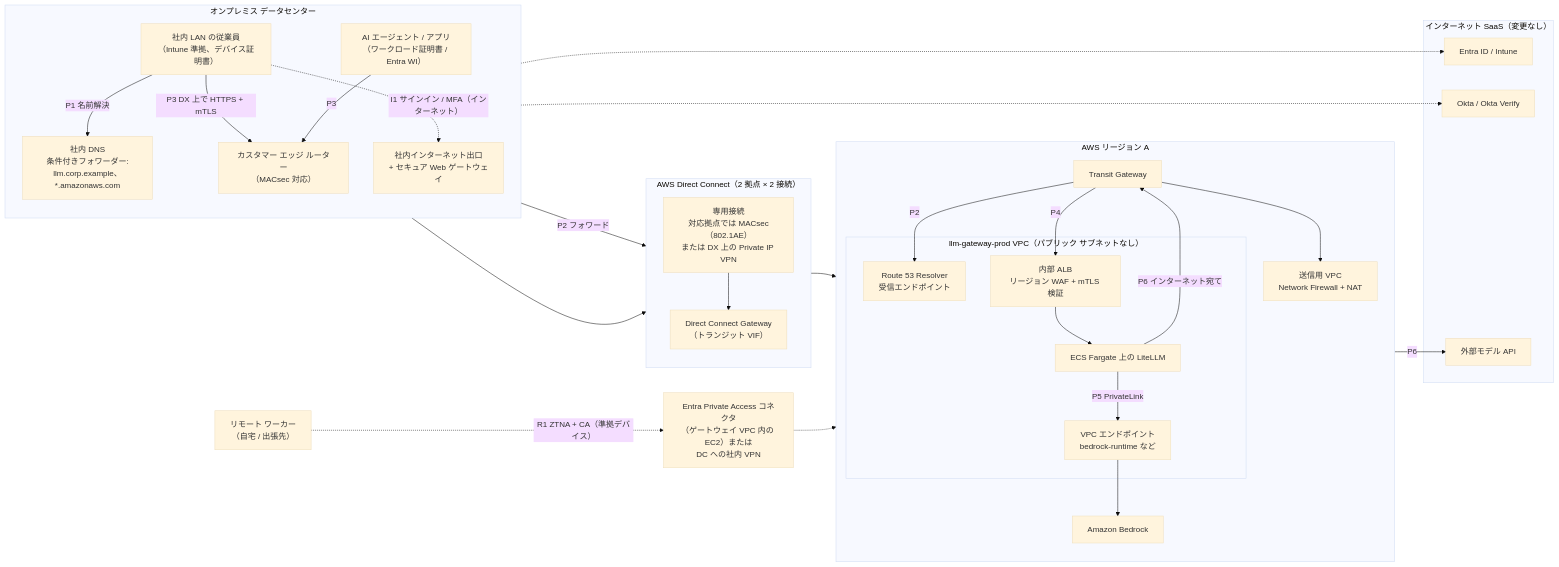
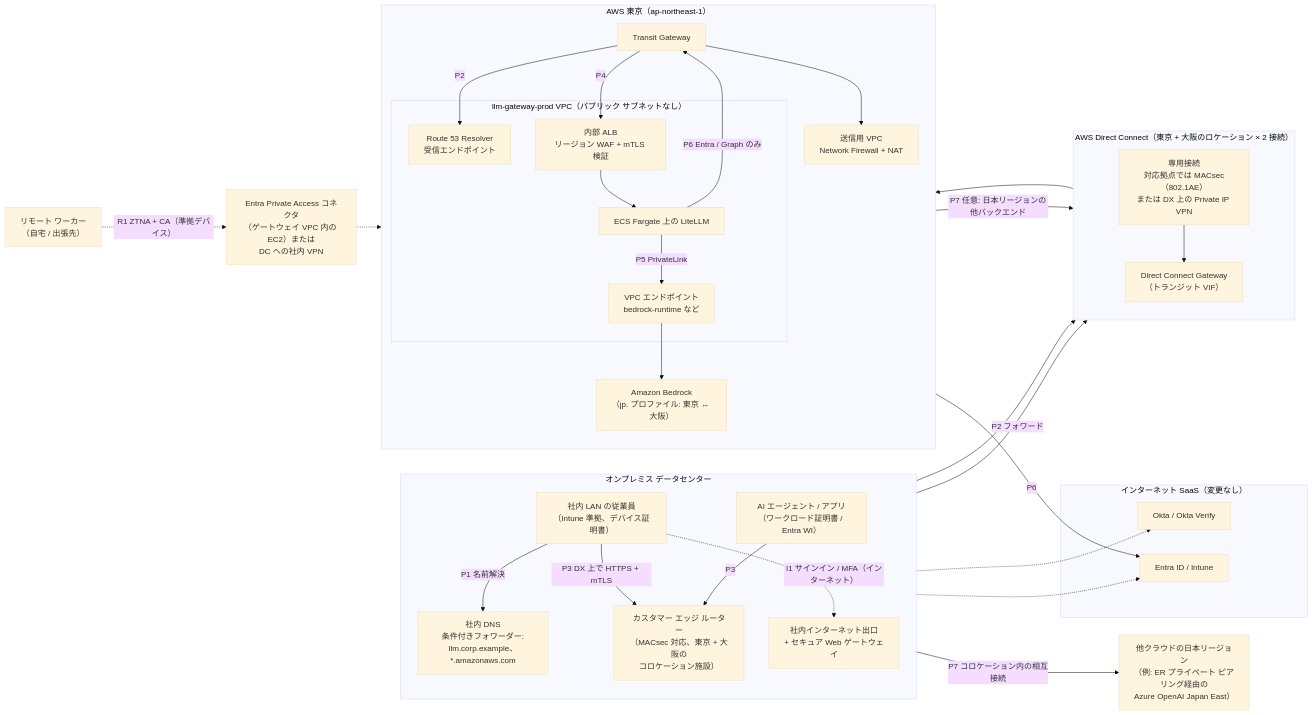
Before and after one commit to minddrop/llm-gateway-comparison: the first of 5 diagrams in docs/jp/07-private-connectivity.md, drawn with Mermaid (base theme). The commit also changed other lines of this file and 18 other files, not shown here.

````diff
--- a/docs/jp/07-private-connectivity.md
+++ b/docs/jp/07-private-connectivity.md
@@ -21,56 +21,58 @@
 ```mermaid
 flowchart LR
     subgraph ONP["オンプレミス データセンター"]
         direction TB
         UOP["社内 LAN の従業員<br/>（Intune 準拠、デバイス証明書）"]
         AGOP["AI エージェント / アプリ<br/>（ワークロード証明書 / Entra WI）"]
         ODNS["社内 DNS<br/>条件付きフォワーダー:<br/>llm.corp.example、*.amazonaws.com"]
-        CER["カスタマー エッジ ルーター<br/>（MACsec 対応）"]
+        CER["カスタマー エッジ ルーター<br/>（MACsec 対応、東京 + 大阪の<br/>コロケーション施設）"]
         INET["社内インターネット出口<br/>+ セキュア Web ゲートウェイ"]
     end
 
-    subgraph DX["AWS Direct Connect（2 拠点 × 2 接続）"]
+    subgraph DX["AWS Direct Connect（東京 + 大阪のロケーション × 2 接続）"]
         direction TB
         DXC["専用接続<br/>対応拠点では MACsec（802.1AE）<br/>または DX 上の Private IP VPN"]
         DXGW["Direct Connect Gateway<br/>（トランジット VIF）"]
     end
 
-    subgraph AWS["AWS リージョン A"]
+    subgraph AWS["AWS 東京（ap-northeast-1）"]
         direction TB
         TGW["Transit Gateway"]
         subgraph VPC["llm-gateway-prod VPC（パブリック サブネットなし）"]
             R53IN["Route 53 Resolver<br/>受信エンドポイント"]
             IALB["内部 ALB<br/>リージョン WAF + mTLS 検証"]
             ECS["ECS Fargate 上の LiteLLM"]
             VPCE["VPC エンドポイント<br/>bedrock-runtime など"]
         end
         EGR["送信用 VPC<br/>Network Firewall + NAT"]
-        BR["Amazon Bedrock"]
+        BR["Amazon Bedrock<br/>（jp. プロファイル: 東京 ↔ 大阪）"]
     end
 
     subgraph SAAS["インターネット SaaS（変更なし）"]
         ENTRA["Entra ID / Intune"]
         OKTA["Okta / Okta Verify"]
-        EXT["外部モデル API"]
     end
 
+    XC["他クラウドの日本リージョン<br/>（例: ER プライベート ピアリング経由の<br/>Azure OpenAI Japan East）"]
     REM["リモート ワーカー<br/>（自宅 / 出張先）"]
     ZTNA["Entra Private Access コネクタ<br/>（ゲートウェイ VPC 内の EC2）または<br/>DC への社内 VPN"]
 
     UOP -->|"P1 名前解決"| ODNS
     ODNS -->|"P2 フォワード"| DXC
     DXC --> DXGW --> TGW
     TGW -->|"P2"| R53IN
     UOP -->|"P3 DX 上で HTTPS + mTLS"| CER
     AGOP -->|"P3"| CER
     CER --> DXC
     TGW -->|"P4"| IALB --> ECS
     ECS -->|"P5 PrivateLink"| VPCE --> BR
-    ECS -->|"P6 インターネット宛て"| TGW
-    TGW --> EGR -->|"P6"| EXT
+    ECS -->|"P6 Entra / Graph のみ"| TGW
+    TGW --> EGR -->|"P6"| ENTRA
+    TGW -->|"P7 任意: 日本リージョンの他バックエンド"| DXGW
+    CER -->|"P7 コロケーション内の相互接続"| XC
     UOP -.->|"I1 サインイン / MFA（インターネット）"| INET
     INET -.-> ENTRA
     INET -.-> OKTA
     REM -.->|"R1 ZTNA + CA（準拠デバイス）"| ZTNA
     ZTNA -.-> IALB
 ```
````
